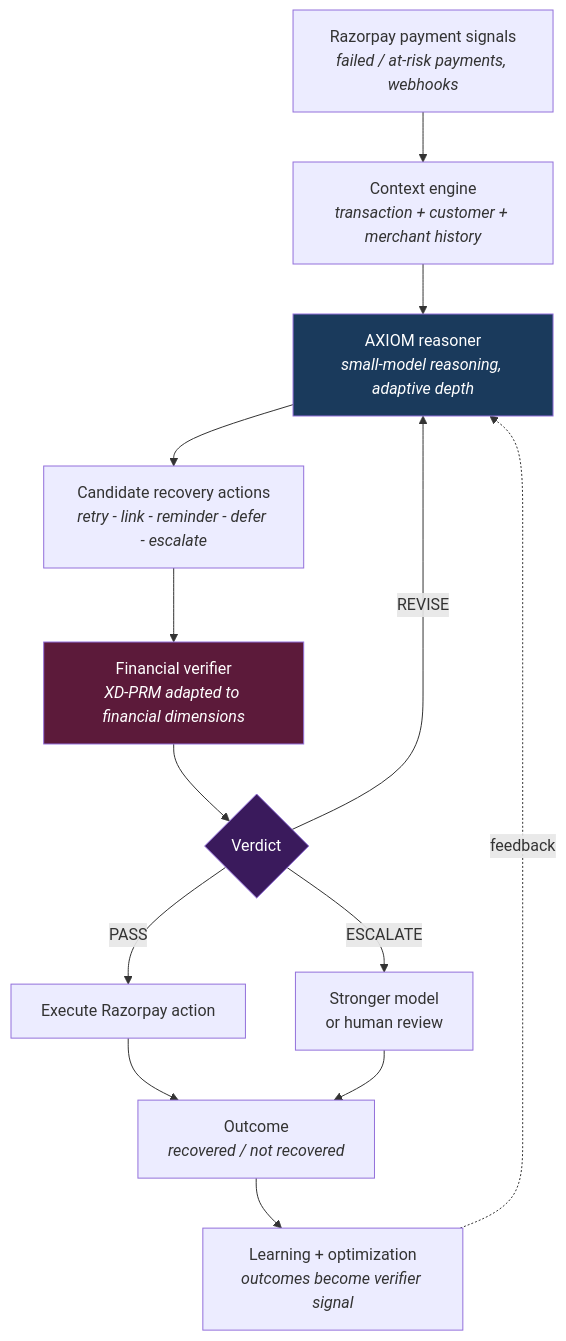
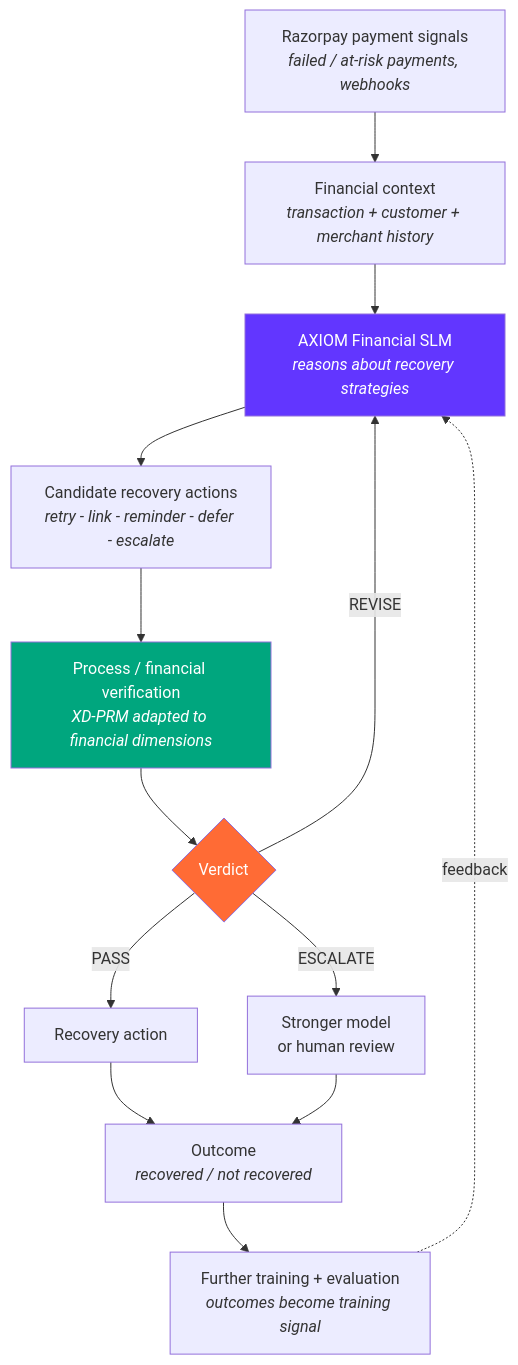
Before and after one commit to prabindersinghh/axiom-verified-revenue-autopilot: the second of 2 diagrams in README.md, drawn with Mermaid. The commit also changed other lines of this file, not shown here.

First line of the commit message:
docs: reposition AXIOM as a trained Financial Reasoning SLM

````diff
--- a/README.md
+++ b/README.md
@@ -238,20 +318,20 @@
 ```mermaid
 flowchart TD
     A["Razorpay payment signals<br/><i>failed / at-risk payments, webhooks</i>"] --> B
-    B["Context engine<br/><i>transaction + customer + merchant history</i>"] --> C
-    C["AXIOM reasoner<br/><i>small-model reasoning, adaptive depth</i>"] --> D
+    B["Financial context<br/><i>transaction + customer + merchant history</i>"] --> C
+    C["AXIOM Financial SLM<br/><i>reasons about recovery strategies</i>"] --> D
     D["Candidate recovery actions<br/><i>retry - link - reminder - defer - escalate</i>"] --> E
-    E["Financial verifier<br/><i>XD-PRM adapted to financial dimensions</i>"] --> F
+    E["Process / financial verification<br/><i>XD-PRM adapted to financial dimensions</i>"] --> F
     F{"Verdict"}
-    F -->|PASS| G["Execute Razorpay action"]
+    F -->|PASS| G["Recovery action"]
     F -->|REVISE| C
     F -->|ESCALATE| H["Stronger model<br/>or human review"]
     G --> I["Outcome<br/><i>recovered / not recovered</i>"]
     H --> I
-    I --> J["Learning + optimization<br/><i>outcomes become verifier signal</i>"]
+    I --> J["Further training + evaluation<br/><i>outcomes become training signal</i>"]
     J -.feedback.-> C
 
-    style C fill:#1a3a5c,color:#fff
-    style E fill:#5c1a3a,color:#fff
-    style F fill:#3a1a5c,color:#fff
+    style C fill:#6236FF,color:#fff
+    style E fill:#00A67E,color:#fff
+    style F fill:#FF6B35,color:#fff
 ```
````
